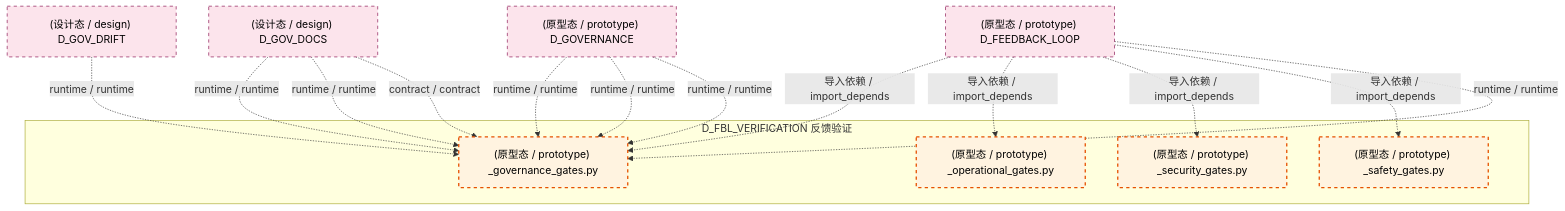
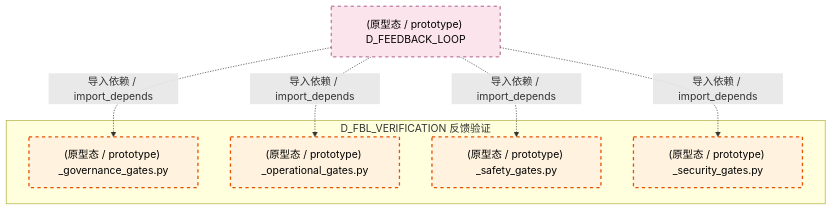
One commit to xuanFelixVan/ZephyrAlpha changed the fifth of 6 diagrams in docs/02_enterprise_architecture/02_domain_architecture_docs/13_d_fbl_verification.md. Above: the diagram before and after it, drawn with Mermaid. The commit also changed other lines of this file and 126 other files, not shown here.

````diff
--- a/docs/02_enterprise_architecture/02_domain_architecture_docs/13_d_fbl_verification.md
+++ b/docs/02_enterprise_architecture/02_domain_architecture_docs/13_d_fbl_verification.md
@@ -444,31 +438,20 @@
 ```mermaid
 graph TD
     subgraph D_FBL_VERIFICATION["D_FBL_VERIFICATION 反馈验证"]
         src_zephyr_feedback_loop_gates_governance_gates_py["(原型态 / prototype) _governance_gates.py"]
         src_zephyr_feedback_loop_gates_operational_gates_py["(原型态 / prototype) _operational_gates.py"]
         src_zephyr_feedback_loop_gates_safety_gates_py["(原型态 / prototype) _safety_gates.py"]
         src_zephyr_feedback_loop_gates_security_gates_py["(原型态 / prototype) _security_gates.py"]
     end
     D_FEEDBACK_LOOP["(原型态 / prototype) D_FEEDBACK_LOOP"]
     D_FEEDBACK_LOOP -.->|导入依赖 / import_depends| src_zephyr_feedback_loop_gates_governance_gates_py
+    D_FEEDBACK_LOOP -.->|导入依赖 / import_depends| src_zephyr_feedback_loop_gates_safety_gates_py
     D_FEEDBACK_LOOP -.->|导入依赖 / import_depends| src_zephyr_feedback_loop_gates_operational_gates_py
     D_FEEDBACK_LOOP -.->|导入依赖 / import_depends| src_zephyr_feedback_loop_gates_security_gates_py
-    D_FEEDBACK_LOOP -.->|导入依赖 / import_depends| src_zephyr_feedback_loop_gates_safety_gates_py
-    D_FEEDBACK_LOOP -.->|runtime / runtime| src_zephyr_feedback_loop_gates_governance_gates_py
-    D_GOV_DOCS["(设计态 / design) D_GOV_DOCS"]
-    D_GOV_DOCS -.->|runtime / runtime| src_zephyr_feedback_loop_gates_governance_gates_py
-    D_GOV_DRIFT["(设计态 / design) D_GOV_DRIFT"]
-    D_GOV_DRIFT -.->|runtime / runtime| src_zephyr_feedback_loop_gates_governance_gates_py
-    D_GOVERNANCE["(原型态 / prototype) D_GOVERNANCE"]
-    D_GOVERNANCE -.->|runtime / runtime| src_zephyr_feedback_loop_gates_governance_gates_py
-    D_GOVERNANCE -.->|runtime / runtime| src_zephyr_feedback_loop_gates_governance_gates_py
-    D_GOV_DOCS -.->|runtime / runtime| src_zephyr_feedback_loop_gates_governance_gates_py
-    D_GOV_DOCS -.->|contract / contract| src_zephyr_feedback_loop_gates_governance_gates_py
-    D_GOVERNANCE -.->|runtime / runtime| src_zephyr_feedback_loop_gates_governance_gates_py
     classDef production fill:#e1f5fe,stroke:#01579b,stroke-width:2px,color:#000
     classDef design fill:#fff3e0,stroke:#e65100,stroke-width:2px,color:#000,stroke-dasharray: 5 5
     classDef external_prod fill:#e8f5e9,stroke:#1b5e20,stroke-width:1px,color:#000
     classDef external_design fill:#fce4ec,stroke:#880e4f,stroke-width:1px,color:#000,stroke-dasharray: 5 5
     class src_zephyr_feedback_loop_gates_governance_gates_py,src_zephyr_feedback_loop_gates_operational_gates_py,src_zephyr_feedback_loop_gates_safety_gates_py,src_zephyr_feedback_loop_gates_security_gates_py design
-    class D_FEEDBACK_LOOP,D_GOV_DOCS,D_GOV_DRIFT,D_GOVERNANCE external_design
+    class D_FEEDBACK_LOOP external_design
 ```
````
